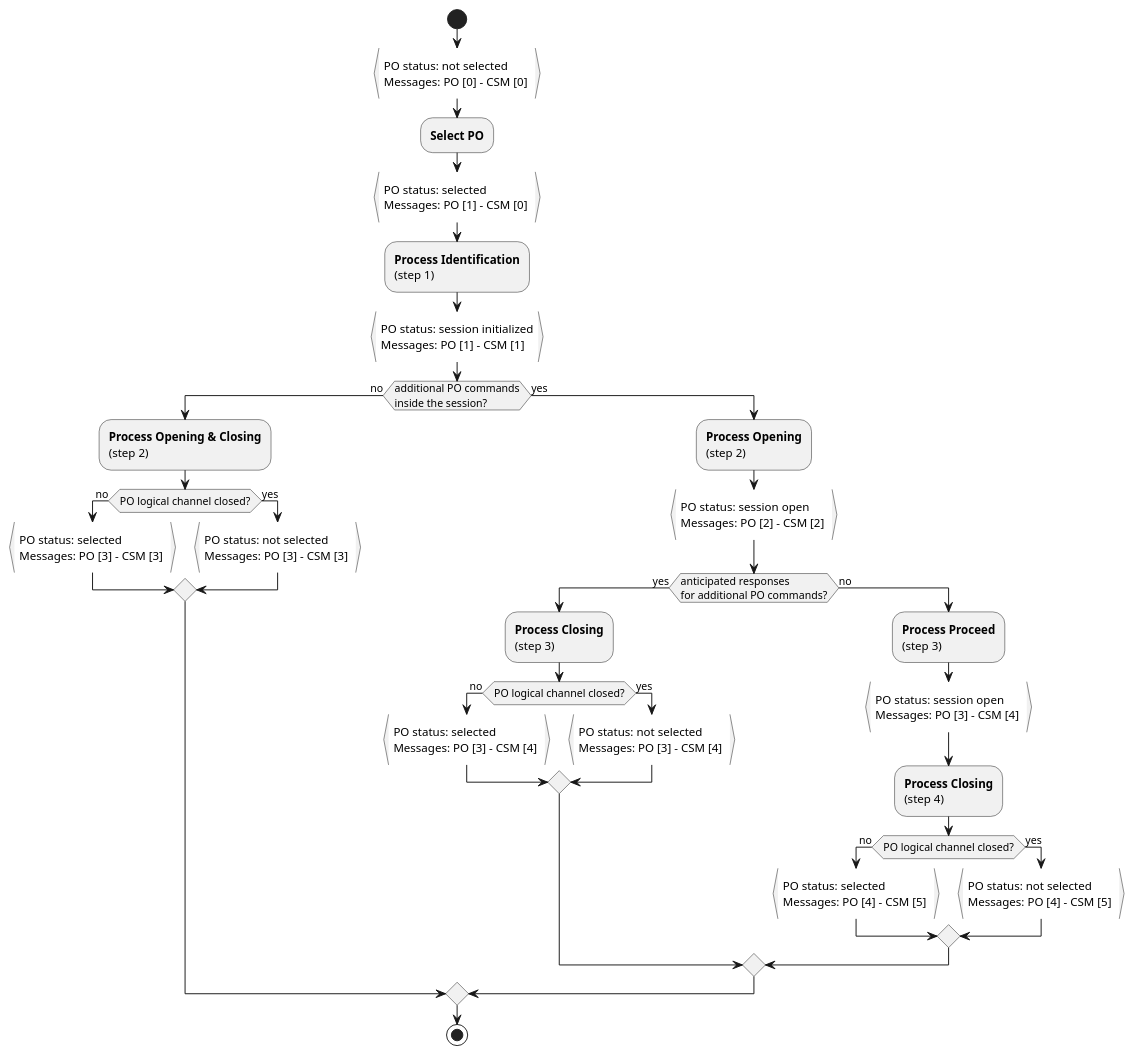
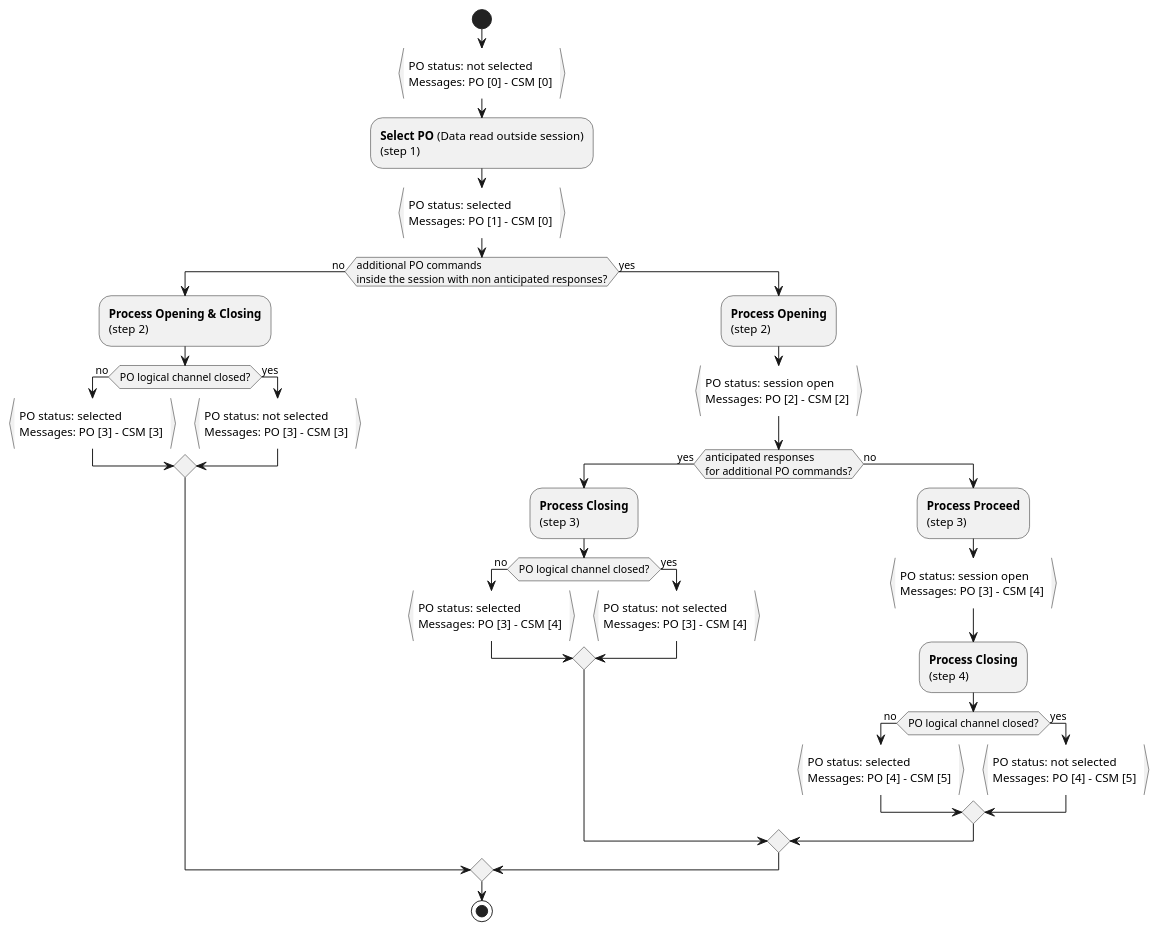
One commit to yvonneyam/keyple-doc-yy changed the diagram in keyple-extension-calypso-spec/src/iuml/KeypleActivityDiagram_CalypsoTransaction_SessionModes.iuml. Above: the diagram before and after it, drawn with PlantUML. The commit also changed 1 other file, not shown here.

Commit message:
Update PO secure session - CSM Digest grouping

```diff
--- a/keyple-extension-calypso-spec/src/iuml/KeypleActivityDiagram_CalypsoTransaction_SessionModes.iuml
+++ b/keyple-extension-calypso-spec/src/iuml/KeypleActivityDiagram_CalypsoTransaction_SessionModes.iuml
@@ -7,46 +7,43 @@
 @startuml
 start
 :PO status: not selected\nMessages: PO [0] - CSM [0] }
-:**Select PO**;
+:**Select PO** (Data read outside session)
+(step 1);
 :PO status: selected\nMessages: PO [1] - CSM [0] }
-'partition "Secure Session" {
-:**Process Identification**
-(step 1);
-:PO status: session initialized\nMessages: PO [1] - CSM [1] }
-if (additional PO commands\ninside the session?) then (no)
+if (additional PO commands\ninside the session with non anticipated responses?) then (no)
   :**Process Opening & Closing**
   (step 2);
   if (PO logical channel closed?) then (no)
     :PO status: selected\nMessages: PO [3] - CSM [3] }
   else (yes)
     :PO status: not selected\nMessages: PO [3] - CSM [3] }
   endif
 else (yes)
   :**Process Opening**
   (step 2);
   :PO status: session open\nMessages: PO [2] - CSM [2] }
     if (anticipated responses\nfor additional PO commands?) then (yes)
       :**Process Closing**
 	  (step 3);
 	  if (PO logical channel closed?) then (no)
         :PO status: selected\nMessages: PO [3] - CSM [4] }
       else (yes)
         :PO status: not selected\nMessages: PO [3] - CSM [4] }
       endif
     else (no)
       :**Process Proceed**
 	  (step 3);
       :PO status: session open\nMessages: PO [3] - CSM [4] }
 	  :**Process Closing**
 	  (step 4);
 
 	  if (PO logical channel closed?) then (no)
         :PO status: selected\nMessages: PO [4] - CSM [5] }
       else (yes)
         :PO status: not selected\nMessages: PO [4] - CSM [5] }
       endif
 	endif
 endif
 '}
 stop
 @enduml
```
